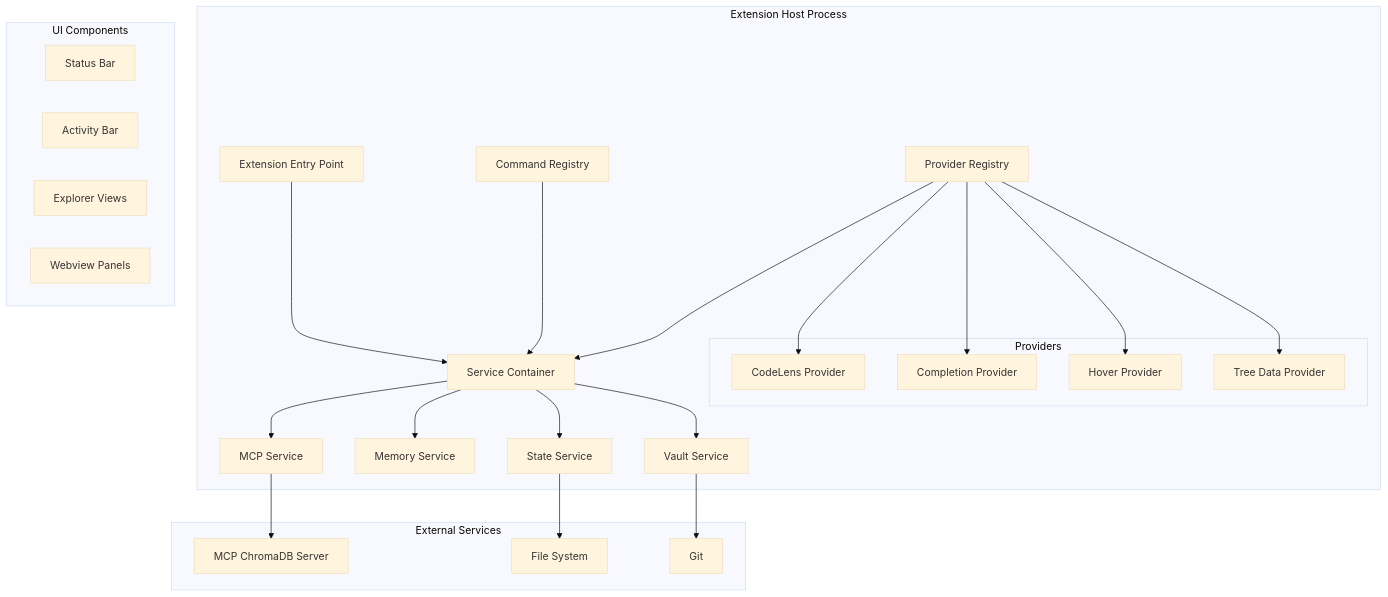
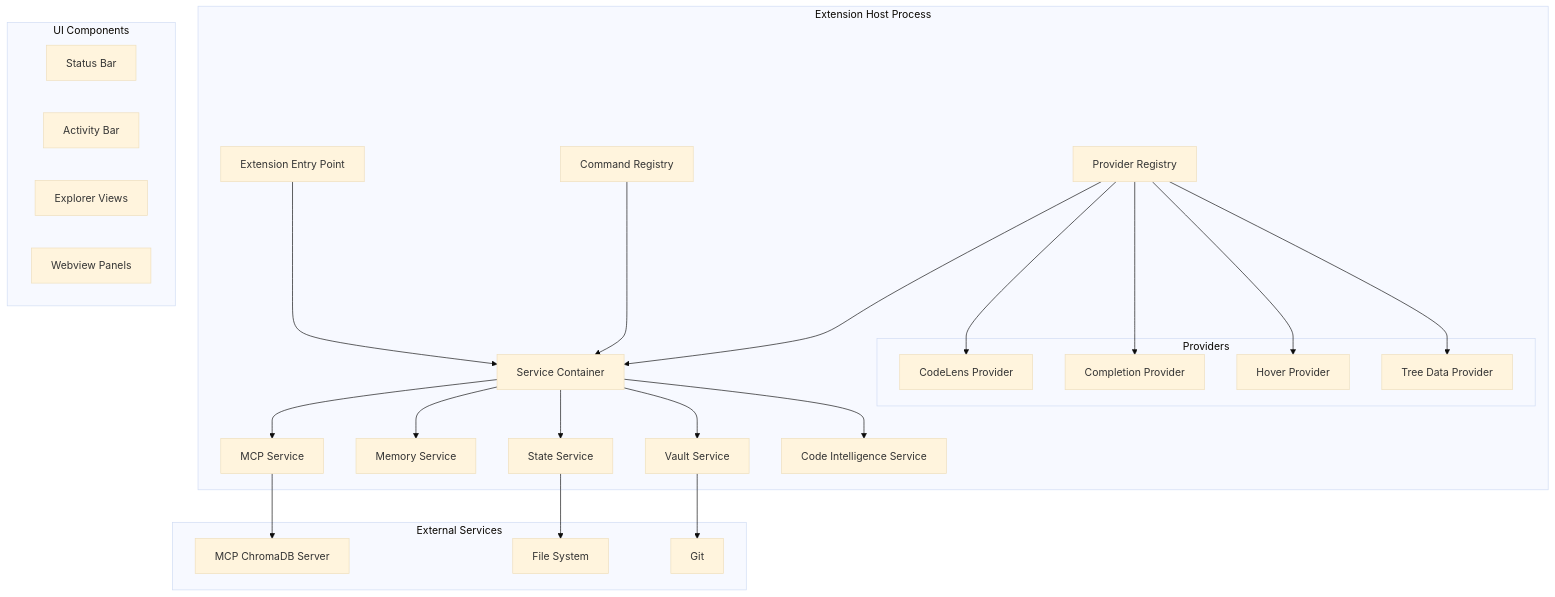
The first of 2 diagrams in Project_Context/vscode-extension/Architecture.md (stevenjjobson/mcp-chromadb-memory), drawn with Mermaid (base theme) before and after one commit. The commit also changed other lines of this file and 27 other files, not shown here.

````diff
--- a/Project_Context/vscode-extension/Architecture.md
+++ b/Project_Context/vscode-extension/Architecture.md
@@ -16,42 +16,43 @@
 ```mermaid
 graph TB
     subgraph "Extension Host Process"
         A[Extension Entry Point] --> B[Service Container]
         B --> C[MCP Service]
         B --> D[Memory Service]
         B --> E[State Service]
         B --> F[Vault Service]
+        B --> CI[Code Intelligence Service]
         
         G[Command Registry] --> B
         H[Provider Registry] --> B
         
         subgraph "Providers"
             I[CodeLens Provider]
             J[Completion Provider]
             K[Hover Provider]
             L[Tree Data Provider]
         end
         
         H --> I
         H --> J
         H --> K
         H --> L
     end
     
     subgraph "UI Components"
         M[Status Bar]
         N[Activity Bar]
         O[Explorer Views]
         P[Webview Panels]
     end
     
     subgraph "External Services"
         Q[MCP ChromaDB Server]
         R[File System]
         S[Git]
     end
     
     C --> Q
     E --> R
     F --> S
 ```
````
